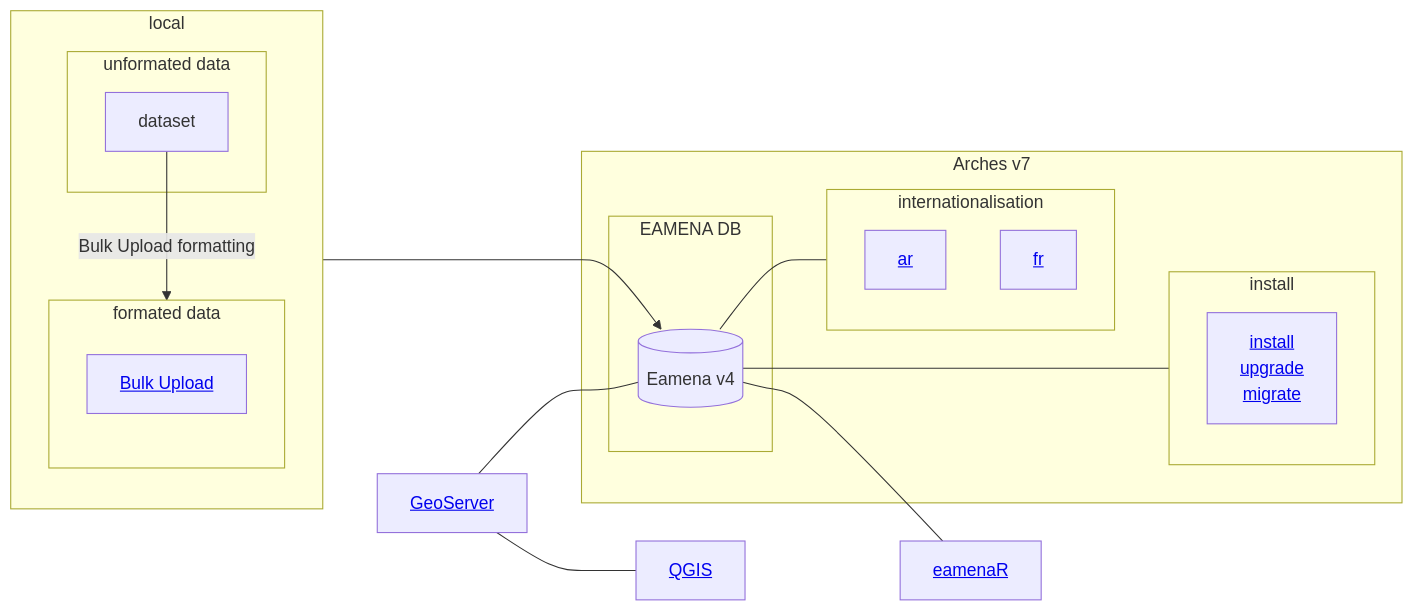
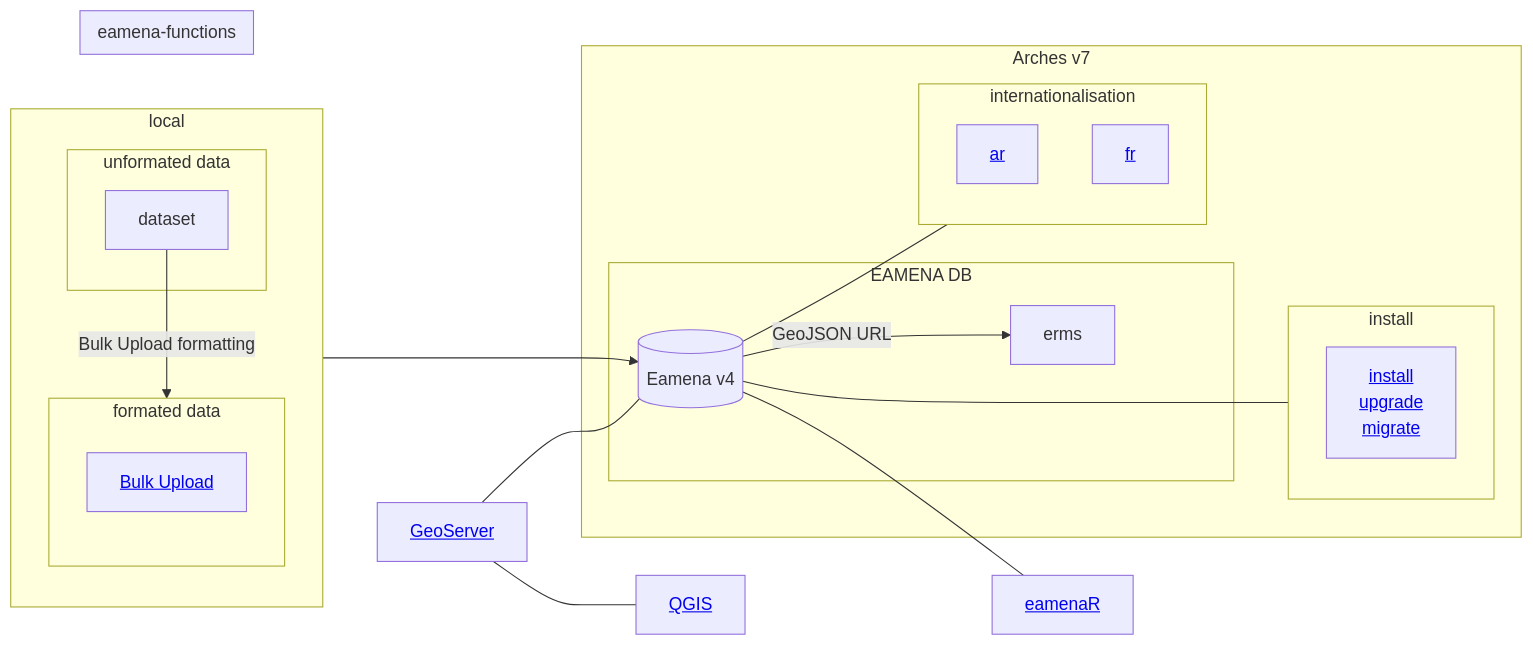
Before and after one commit to eamena-project/eamena-arches-dev: the diagram in dbs/database.eamena/README.md, drawn with Mermaid.

Commit message:
workflow db

````diff
--- a/dbs/database.eamena/README.md
+++ b/dbs/database.eamena/README.md
@@ -5,31 +5,36 @@
 ```mermaid
 flowchart LR
   subgraph Arches v7
     subgraph EAMENA DB
-    ea[(Eamena v4)]
+    ea[(Eamena v4)] -- GeoJSON URL --> idf1[erms]
     end
     subgraph internationalisation
       id6[<a href='https://github.com/eamena-project/eamena-arches-dev/tree/main/dbs/database.eamena/internationalisation'>ar</a>];
       id7[<a href='https://github.com/eamena-project/eamena-arches-dev/tree/main/dbs/database.eamena/internationalisation'>fr</a>];
     end 
     subgraph install
       id8[<a href='https://github.com/eamena-project/eamena-arches-dev/tree/main/dbs/database.eamena/install'>install<br>upgrade<br>migrate</a>];
     end 
   end
   id3[<a href='https://github.com/eamena-project/eamena-arches-dev/tree/main/geoserver'>GeoServer</a>] --- ea;
   id3 --- id4[<a href='https://github.com/eamena-project/eamena-arches-dev/tree/main/gis/qgis'>QGIS</a>];
   subgraph local
     direction TB
     subgraph unformated data
       id9A[dataset]
     end
     subgraph formated data
       direction TB
       id9A -- Bulk Upload formatting --> id9B[<a href='https://github.com/eamena-project/eamena-arches-dev/tree/main/data/bulk#readme'>Bulk Upload</a>]
       id9B ---> ea;
     end
   end
+  subgraph eamena-functions
+    direction LR
+    idf1
+  end
+
   ea --- id5[<a href='https://github.com/eamena-project/eamenaR'>eamenaR</a>];
   ea --- internationalisation
   ea <--- install
 ```
````
